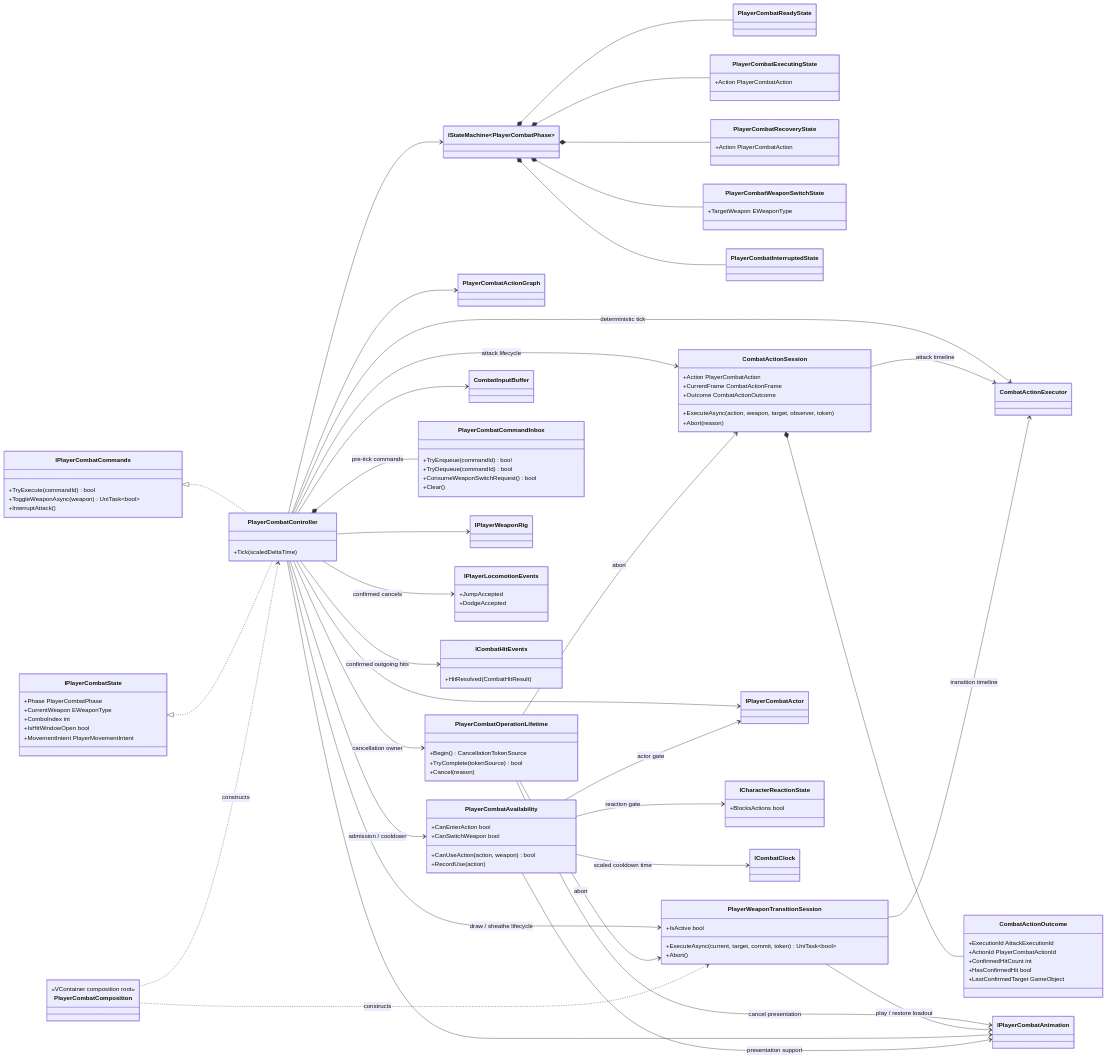
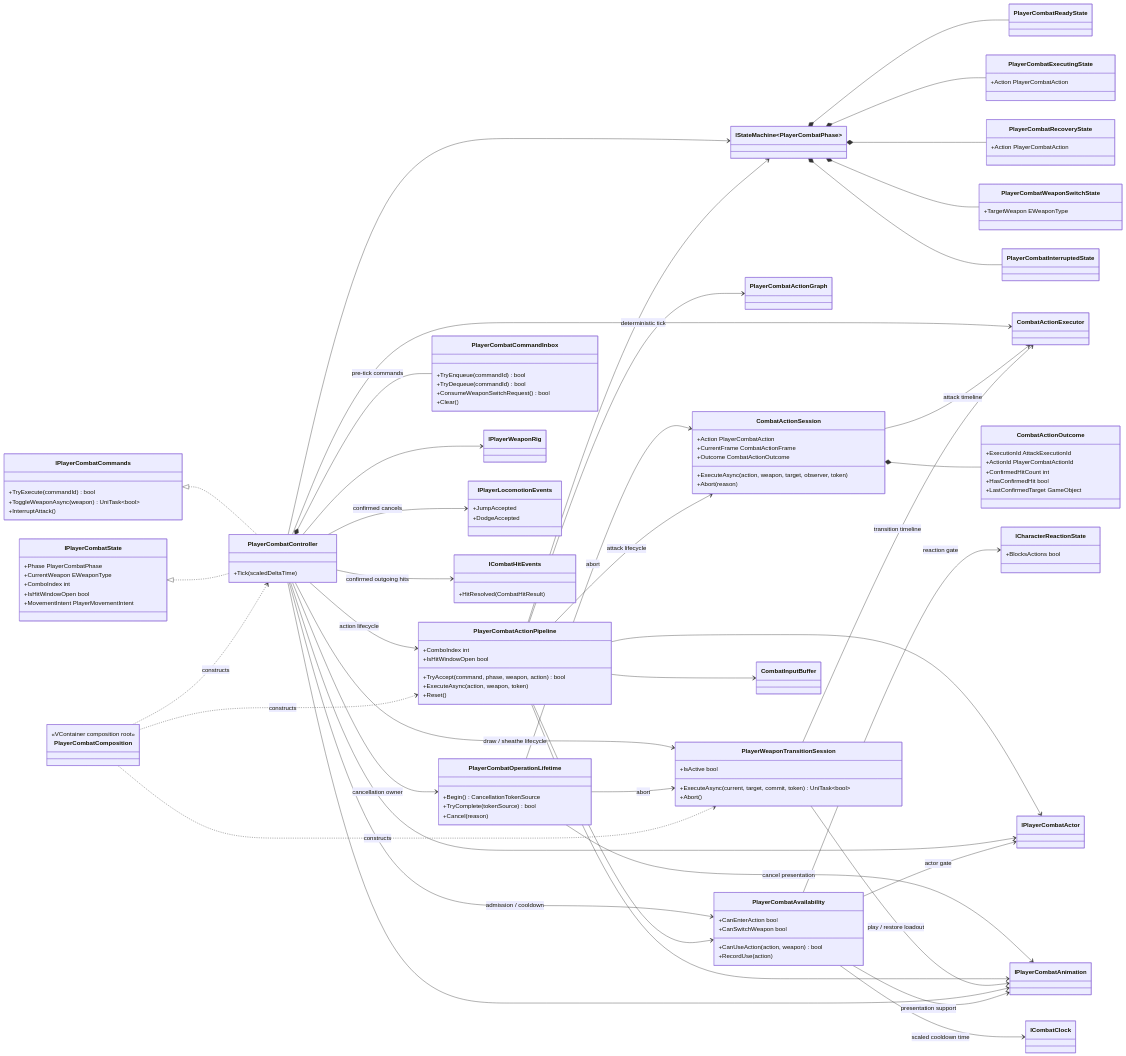
One commit to MaximFonariuc/project-s changed the first of 3 diagrams in Docs/Architecture/Player.Combat.md. Above: the diagram before and after it, drawn with Mermaid. The commit also changed other lines of this file and 13 other files, not shown here.

Commit message:
refactor(combat): extract action execution pipeline

````diff
--- a/Docs/Architecture/Player.Combat.md
+++ b/Docs/Architecture/Player.Combat.md
@@ -108,6 +108,13 @@
     }
     class PlayerCombatController {
         +Tick(scaledDeltaTime)
+    }
+    class PlayerCombatActionPipeline {
+        +TryAccept(command, phase, weapon, action) bool
+        +ExecuteAsync(action, weapon, token)
+        +Reset()
+        +ComboIndex int
+        +IsHitWindowOpen bool
     }
     class IStateMachine~PlayerCombatPhase~
     class PlayerCombatReadyState
@@ -181,9 +188,8 @@
     IPlayerCombatCommands <|.. PlayerCombatController
     IPlayerCombatState <|.. PlayerCombatController
     PlayerCombatController --> IStateMachine~PlayerCombatPhase~
-    PlayerCombatController --> PlayerCombatActionGraph
+    PlayerCombatController --> PlayerCombatActionPipeline : action lifecycle
     PlayerCombatController --> ICombatHitEvents : confirmed outgoing hits
-    PlayerCombatController --> CombatActionSession : attack lifecycle
     PlayerCombatController --> PlayerWeaponTransitionSession : draw / sheathe lifecycle
     PlayerCombatController --> PlayerCombatOperationLifetime : cancellation owner
     PlayerCombatOperationLifetime --> CombatActionSession : abort
@@ -191,12 +197,18 @@
     PlayerCombatOperationLifetime --> IPlayerCombatAnimation : cancel presentation
     PlayerCombatController --> PlayerCombatAvailability : admission / cooldown
     PlayerCombatController --> CombatActionExecutor : deterministic tick
+    PlayerCombatActionPipeline --> PlayerCombatActionGraph
+    PlayerCombatActionPipeline --> CombatActionSession : attack lifecycle
+    PlayerCombatActionPipeline --> CombatInputBuffer
+    PlayerCombatActionPipeline --> PlayerCombatAvailability
+    PlayerCombatActionPipeline --> IPlayerCombatAnimation
+    PlayerCombatActionPipeline --> IPlayerCombatActor
+    PlayerCombatActionPipeline --> IStateMachine~PlayerCombatPhase~
     CombatActionSession --> CombatActionExecutor : attack timeline
     PlayerWeaponTransitionSession --> CombatActionExecutor : transition timeline
     PlayerWeaponTransitionSession --> IPlayerCombatAnimation : play / restore loadout
     CombatActionSession *-- CombatActionOutcome
     PlayerCombatController *-- PlayerCombatCommandInbox : pre-tick commands
-    PlayerCombatController --> CombatInputBuffer
     PlayerCombatController --> IPlayerCombatAnimation
     PlayerCombatController --> IPlayerWeaponRig
     PlayerCombatController --> IPlayerCombatActor
@@ -211,5 +223,6 @@
     IStateMachine~PlayerCombatPhase~ *-- PlayerCombatWeaponSwitchState
     IStateMachine~PlayerCombatPhase~ *-- PlayerCombatInterruptedState
     PlayerCombatComposition ..> PlayerCombatController : constructs
+    PlayerCombatComposition ..> PlayerCombatActionPipeline : constructs
     PlayerCombatComposition ..> PlayerWeaponTransitionSession : constructs
 ```
````
